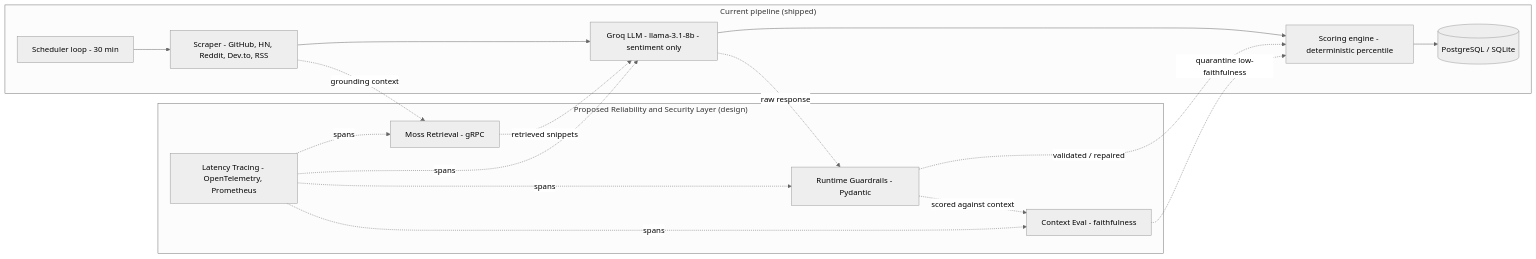
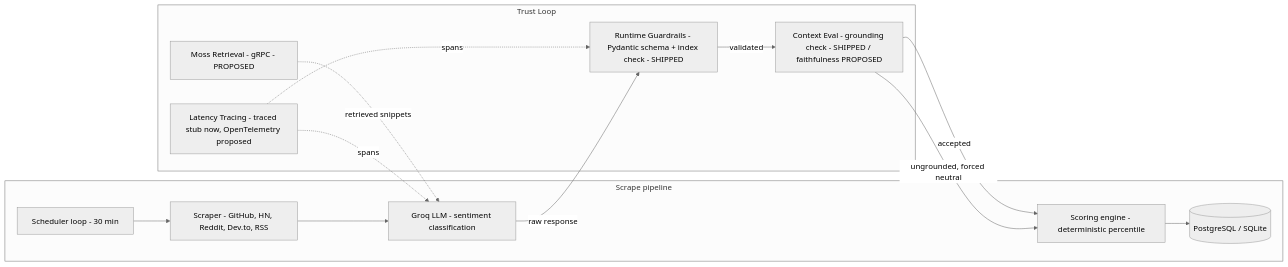
Before and after one commit to amantebriwal4321/StackRadar: the diagram in README.md, drawn with Mermaid (neutral theme). The commit also changed other lines of this file and 3 other files, not shown here.

First line of the commit message:
feat(guardrails): runtime schema + grounding checks on the Groq sentiment call

````diff
--- a/README.md
+++ b/README.md
@@ -90,29 +91,27 @@
 ```mermaid
 flowchart LR
-    subgraph current["Current pipeline (shipped)"]
+    subgraph current["Scrape pipeline"]
         SC[Scheduler loop - 30 min]
         SCR[Scraper - GitHub, HN, Reddit, Dev.to, RSS]
-        GROQ[Groq LLM - llama-3.1-8b - sentiment only]
+        GROQ[Groq LLM - sentiment classification]
         SCORE[Scoring engine - deterministic percentile]
         DB[(PostgreSQL / SQLite)]
-        SC --> SCR --> GROQ --> SCORE --> DB
+        SC --> SCR --> GROQ
+        SCORE --> DB
     end
 
-    subgraph proposed["Proposed Reliability and Security Layer (design)"]
-        MOSS[Moss Retrieval - gRPC]
-        GUARD[Runtime Guardrails - Pydantic]
-        EVAL[Context Eval - faithfulness]
-        TRACE[Latency Tracing - OpenTelemetry, Prometheus]
+    subgraph trustloop["Trust Loop"]
+        GUARD[Runtime Guardrails - Pydantic schema + index check - SHIPPED]
+        EVAL[Context Eval - grounding check - SHIPPED / faithfulness PROPOSED]
+        MOSS[Moss Retrieval - gRPC - PROPOSED]
+        TRACE[Latency Tracing - traced stub now, OpenTelemetry proposed]
     end
 
-    SCR -. grounding context .-> MOSS
     MOSS -. retrieved snippets .-> GROQ
-    GROQ -. raw response .-> GUARD
-    GUARD -. validated / repaired .-> SCORE
-    GUARD -. scored against context .-> EVAL
-    EVAL -. quarantine low-faithfulness .-> SCORE
-    TRACE -. spans .-> MOSS
+    GROQ -- raw response --> GUARD
+    GUARD -- validated --> EVAL
+    EVAL -- accepted --> SCORE
+    EVAL -- ungrounded, forced neutral --> SCORE
     TRACE -. spans .-> GROQ
     TRACE -. spans .-> GUARD
-    TRACE -. spans .-> EVAL
 ```
````
